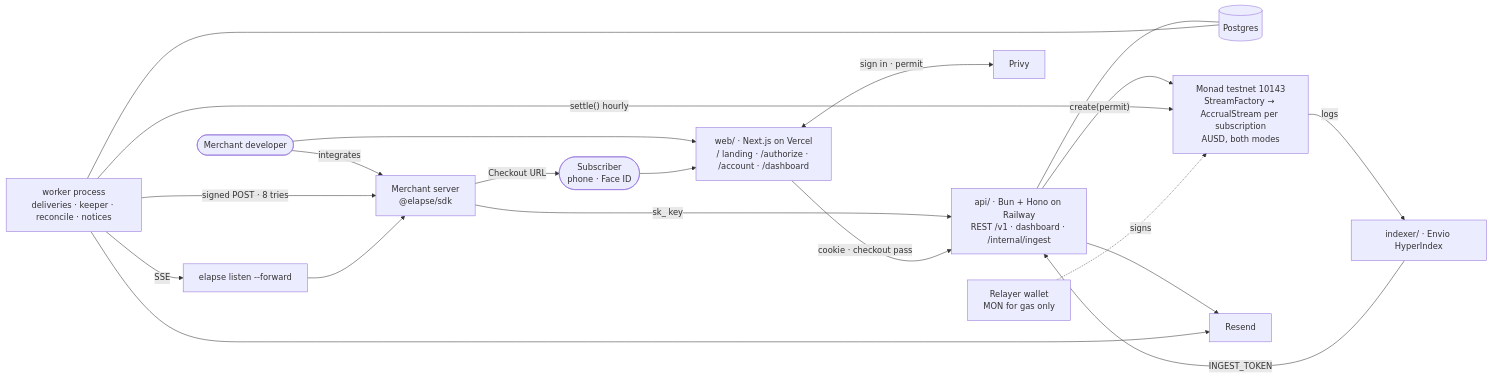
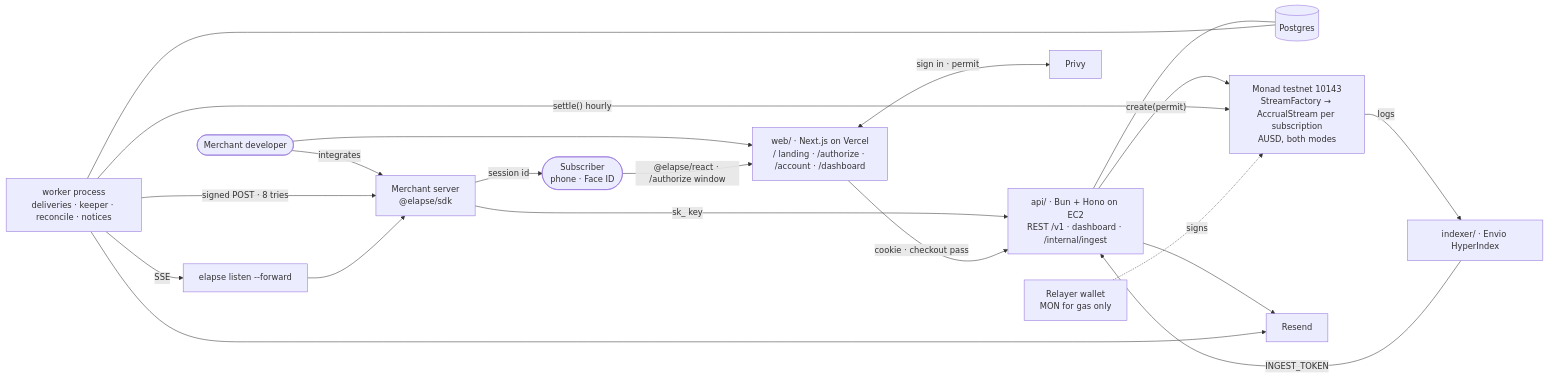
Before and after one commit to furqaannabi/elapse: the first of 2 diagrams in README.md, drawn with Mermaid. The commit also changed other lines of this file and 6 other files, not shown here.

````diff
--- a/README.md
+++ b/README.md
@@ -42,35 +42,35 @@
 ```mermaid
 flowchart LR
   sub(["Subscriber<br/>phone · Face ID"])
   dev(["Merchant developer"])
   server["Merchant server<br/>@elapse/sdk"]
   cli["elapse listen --forward"]
   web["web/ · Next.js on Vercel<br/>/ landing · /authorize · /account · /dashboard"]
-  api["api/ · Bun + Hono on Railway<br/>REST /v1 · dashboard · /internal/ingest"]
+  api["api/ · Bun + Hono on EC2<br/>REST /v1 · dashboard · /internal/ingest"]
   worker["worker process<br/>deliveries · keeper · reconcile · notices"]
   pg[("Postgres")]
   chain["Monad testnet 10143<br/>StreamFactory → AccrualStream per subscription<br/>AUSD, both modes"]
   envio["indexer/ · Envio HyperIndex"]
   privy["Privy"]
   resend["Resend"]
   relayer["Relayer wallet<br/>MON for gas only"]
 
   dev --> web
   dev -- "integrates" --> server
   server -- "sk_ key" --> api
-  server -- "Checkout URL" --> sub
-  sub --> web
+  server -- "session id" --> sub
+  sub -- "@elapse/react · /authorize window" --> web
   web -- "cookie · checkout pass" --> api
   web <-- "sign in · permit" --> privy
   api --- pg
   worker --- pg
   worker -- "signed POST · 8 tries" --> server
   worker -- "SSE" --> cli --> server
   api -- "create(permit)" --> chain
   worker -- "settle() hourly" --> chain
   relayer -. "signs" .-> chain
   chain -- "logs" --> envio
   envio -- "INGEST_TOKEN" --> api
   api --> resend
   worker --> resend
 ```
````
